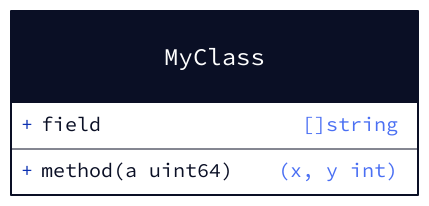
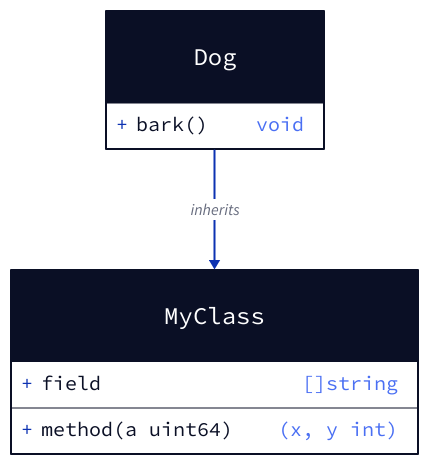
The first of 5 diagrams in src/agent/context/uml-classes.md (alexkrauss/diagram-agent), drawn with D2 before and after one commit. The commit also changed other lines of this file and 8 other files, not shown here.

````diff
--- a/src/agent/context/uml-classes.md
+++ b/src/agent/context/uml-classes.md
@@ -9,8 +9,15 @@
 ```d2
 MyClass: {
   shape: class
 
   field: "[]string"
   method(a uint64): (x, y int)
 }
+
+Dog: {
+  shape: class
+  bark(): void
+}
+
+Dog -> MyClass: inherits
 ```
````
